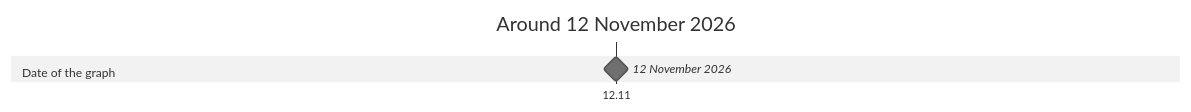
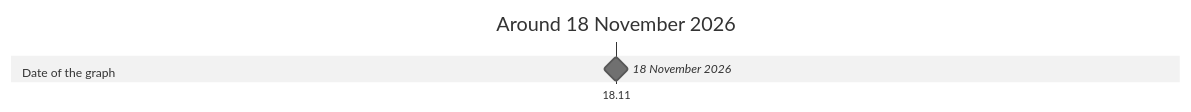
The diagram in docs/timeline.md (advancedcognitivesystems-ai/trame), drawn with Mermaid (neutral theme) before and after one commit. The commit also changed other lines of this file and 355 other files, not shown here.

````diff
--- a/docs/timeline.md
+++ b/docs/timeline.md
@@ -5,8 +5,8 @@
 ```mermaid
 gantt
   dateFormat YYYY-MM-DD
   axisFormat %d.%m
-  title Around 12 November 2026
+  title Around 18 November 2026
   section Date of the graph
-    12 November 2026 : milestone, 2026-11-12, 0d
+    18 November 2026 : milestone, 2026-11-18, 0d
 ```
````
